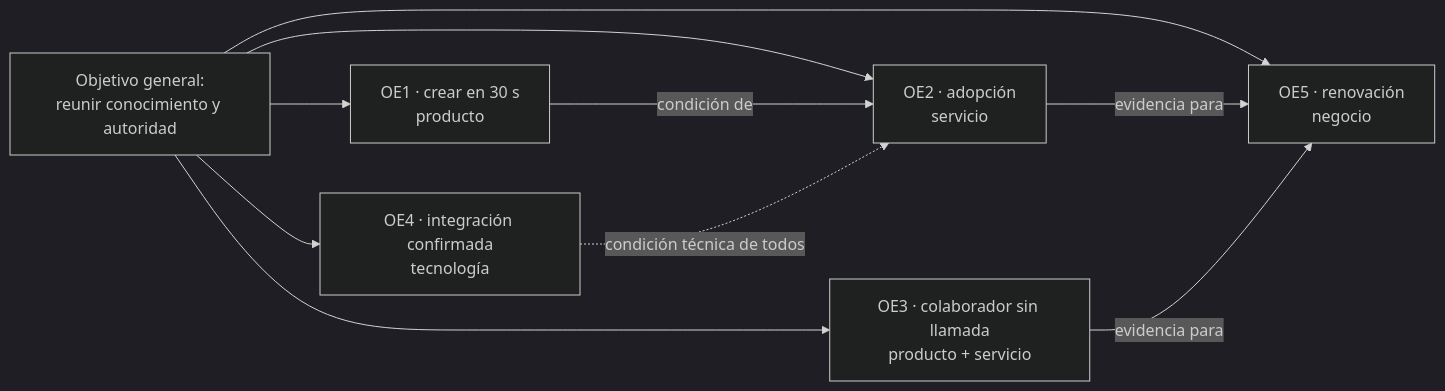
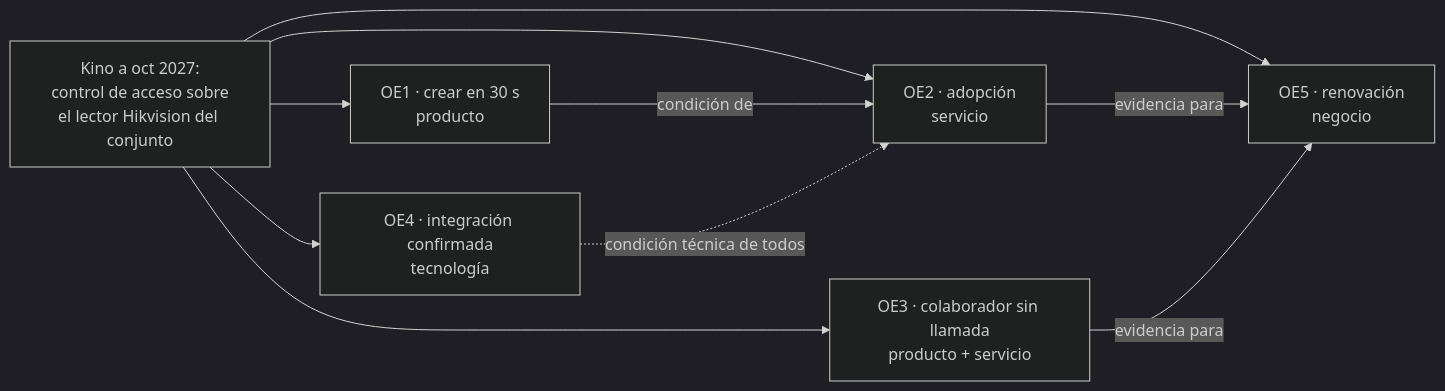
Before and after one commit to Amonsalvem/kino: the first of 2 diagrams in entrega-3/estrategia.md, drawn with Mermaid (dark theme). The commit also changed other lines of this file and 6 other files, not shown here.

First line of the commit message:
Objetivo general desde Kino, a un año y con su posición; deck, Biblia y estrategia.md

````diff
--- a/entrega-3/estrategia.md
+++ b/entrega-3/estrategia.md
@@ -122,12 +126,12 @@
 ```mermaid
 flowchart LR
-  G[Objetivo general:<br/>reunir conocimiento y autoridad] --> OE1[OE1 · crear en 30 s<br/>producto]
+  G[Kino a oct 2027:<br/>control de acceso sobre<br/>el lector Hikvision del conjunto] --> OE1[OE1 · crear en 30 s<br/>producto]
   G --> OE2[OE2 · adopción<br/>servicio]
   G --> OE3[OE3 · colaborador sin llamada<br/>producto + servicio]
   G --> OE4[OE4 · integración confirmada<br/>tecnología]
   G --> OE5[OE5 · renovación<br/>negocio]
   OE1 -->|condición de| OE2
   OE2 -->|evidencia para| OE5
   OE3 -->|evidencia para| OE5
   OE4 -.->|condición técnica de todos| OE2
 ```
````
